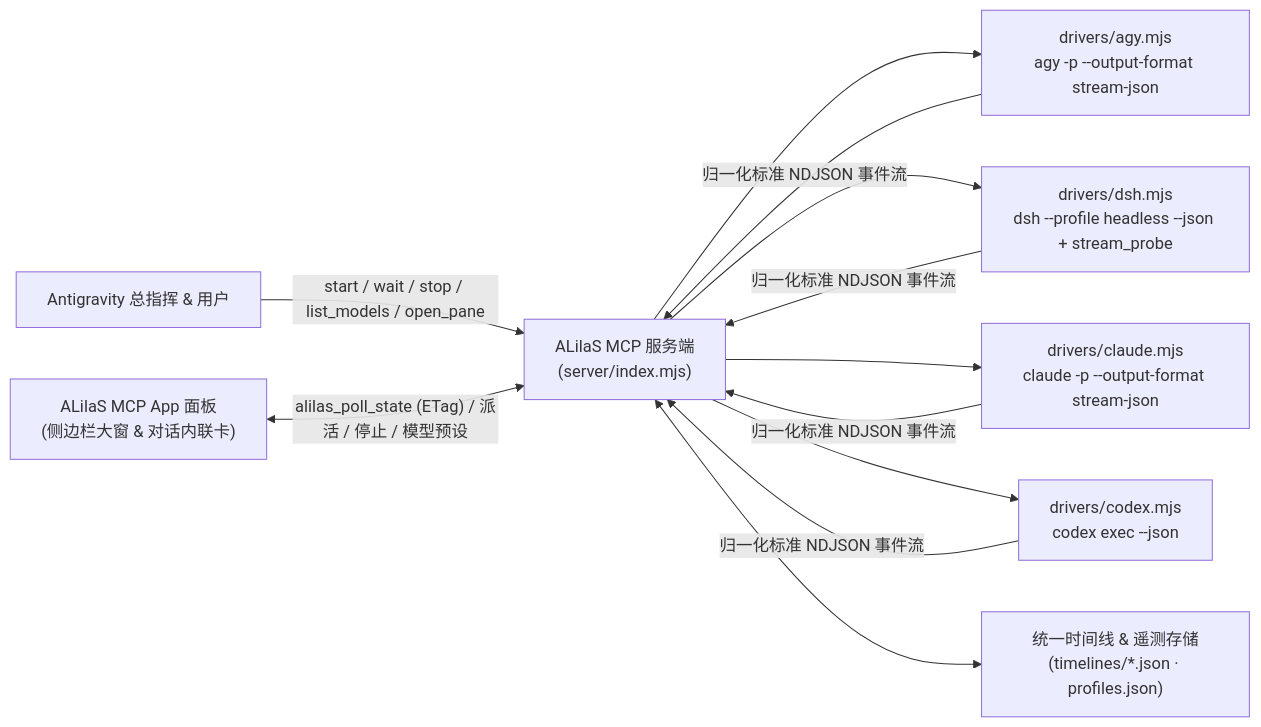
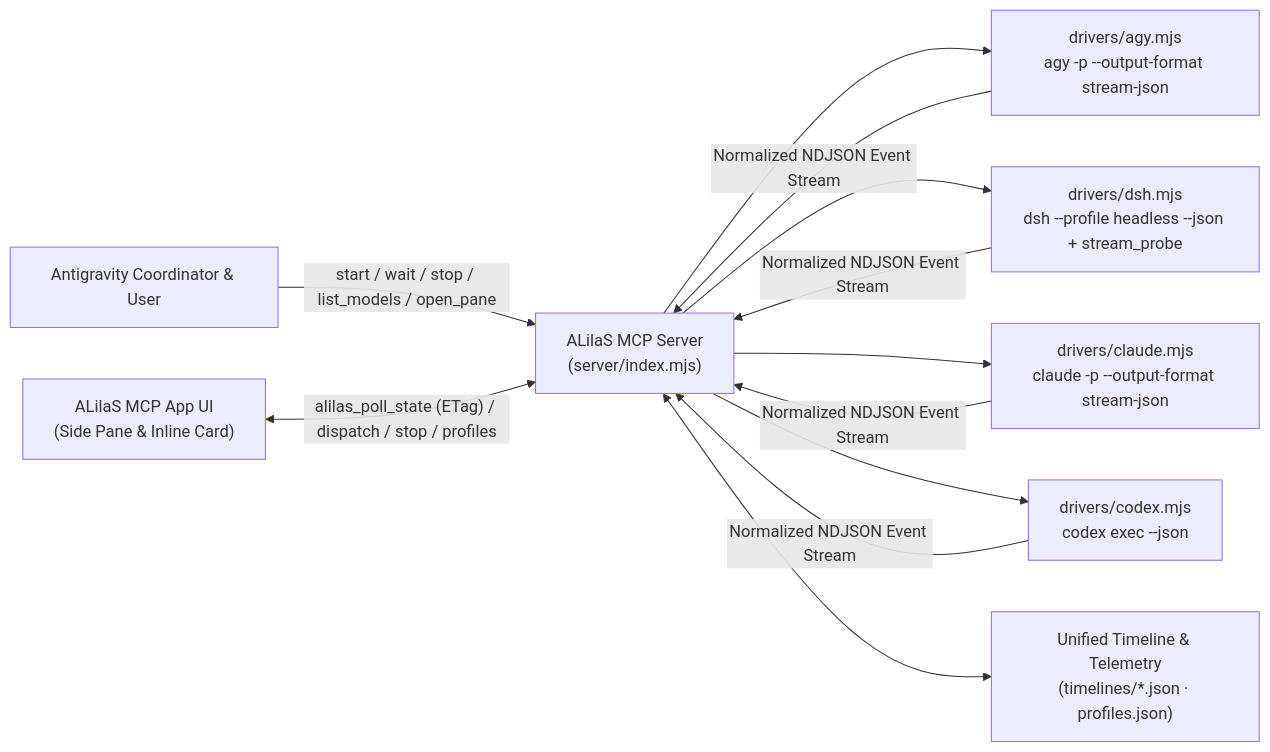
One commit to AsahiYi/ALilaS changed the diagram in README.zh-CN.md. Above: the diagram before and after it, drawn with Mermaid. The commit also changed other lines of this file and 5 other files, not shown here.

````diff
--- a/README.zh-CN.md
+++ b/README.zh-CN.md
@@ -54,18 +65,18 @@
 ```mermaid
 flowchart LR
-    Coord["Antigravity 总指挥 & 用户"]
-    MCP["ALilaS MCP 服务端<br/>(server/index.mjs)"]
-    UI["ALilaS MCP App 面板<br/>(侧边栏大窗 & 对话内联卡)"]
-    Store["统一时间线 & 遥测存储<br/>(timelines/*.json · profiles.json)"]
+    Coord["Antigravity Coordinator & User"]
+    MCP["ALilaS MCP Server<br/>(server/index.mjs)"]
+    UI["ALilaS MCP App UI<br/>(Side Pane & Inline Card)"]
+    Store["Unified Timeline & Telemetry<br/>(timelines/*.json · profiles.json)"]
 
     D1["drivers/agy.mjs<br/>agy -p --output-format stream-json"]
     D2["drivers/dsh.mjs<br/>dsh --profile headless --json + stream_probe"]
     D3["drivers/claude.mjs<br/>claude -p --output-format stream-json"]
     D4["drivers/codex.mjs<br/>codex exec --json"]
 
     Coord -->|"start / wait / stop / list_models / open_pane"| MCP
     MCP --> D1 & D2 & D3 & D4
-    D1 & D2 & D3 & D4 -->|"归一化标准 NDJSON 事件流"| MCP
+    D1 & D2 & D3 & D4 -->|"Normalized NDJSON Event Stream"| MCP
     MCP <--> Store
-    UI <-->|"alilas_poll_state (ETag) / 派活 / 停止 / 模型预设"| MCP
+    UI <-->|"alilas_poll_state (ETag) / dispatch / stop / profiles"| MCP
 ```
````
